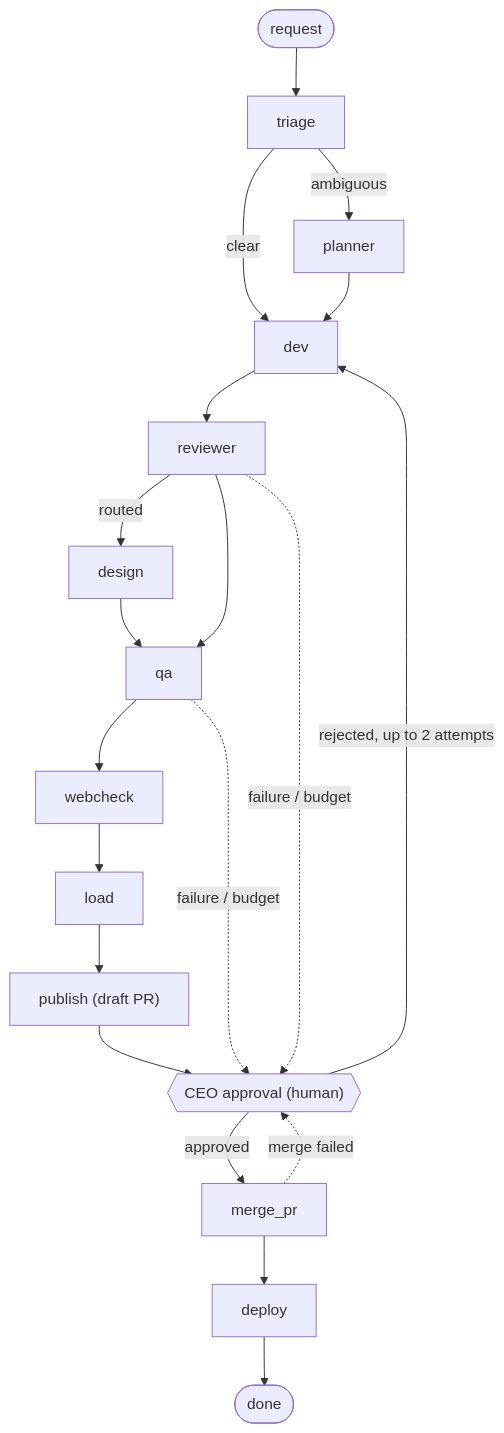
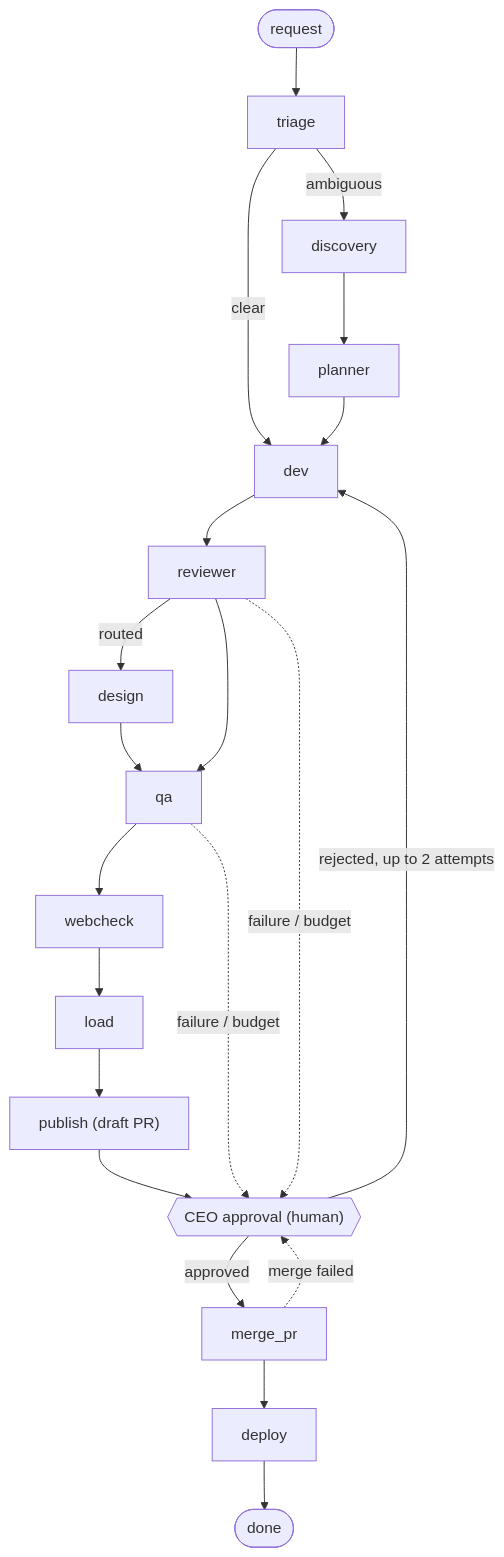
Before and after one commit to venturelli-91/agent-softhouse-orchestrator: the diagram in README.md, drawn with Mermaid. The commit also changed 5 other files, not shown here.

````diff
--- a/README.md
+++ b/README.md
@@ -17,22 +17,23 @@
 ```mermaid
 flowchart TD
     S([request]) --> triage
     triage -->|clear| dev
-    triage -->|ambiguous| planner
+    triage -->|ambiguous| discovery
+    discovery --> planner
     planner --> dev
     dev --> reviewer
     reviewer -->|routed| design
     reviewer --> qa
     design --> qa
     qa --> webcheck
     webcheck --> load
     load --> publish["publish (draft PR)"]
     publish --> gate{{"CEO approval (human)"}}
     reviewer -.->|failure / budget| gate
     qa -.->|failure / budget| gate
     gate -->|rejected, up to 2 attempts| dev
     gate -->|approved| merge_pr
     merge_pr --> deploy
     deploy --> E([done])
     merge_pr -.->|merge failed| gate
 ```
````
